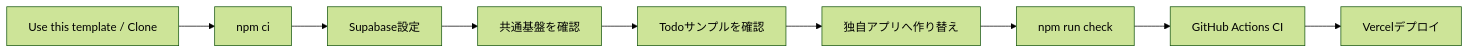
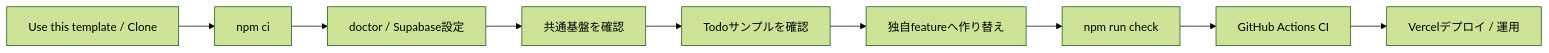
Before and after one commit to k-systems202208/nextjs-supabase-vercel-webapp-template: the first of 4 diagrams in README.md, drawn with Mermaid (forest theme). The commit also changed other lines of this file and 9 other files, not shown here.

````diff
--- a/README.md
+++ b/README.md
@@ -9,11 +9,11 @@
 ```mermaid
 flowchart LR
     A["Use this template / Clone"] --> B["npm ci"]
-    B --> C["Supabase設定"]
+    B --> C["doctor / Supabase設定"]
     C --> D["共通基盤を確認"]
     D --> E["Todoサンプルを確認"]
-    E --> F["独自アプリへ作り替え"]
+    E --> F["独自featureへ作り替え"]
     F --> G["npm run check"]
     G --> H["GitHub Actions CI"]
-    H --> I["Vercelデプロイ"]
+    H --> I["Vercelデプロイ / 運用"]
 ```
````
